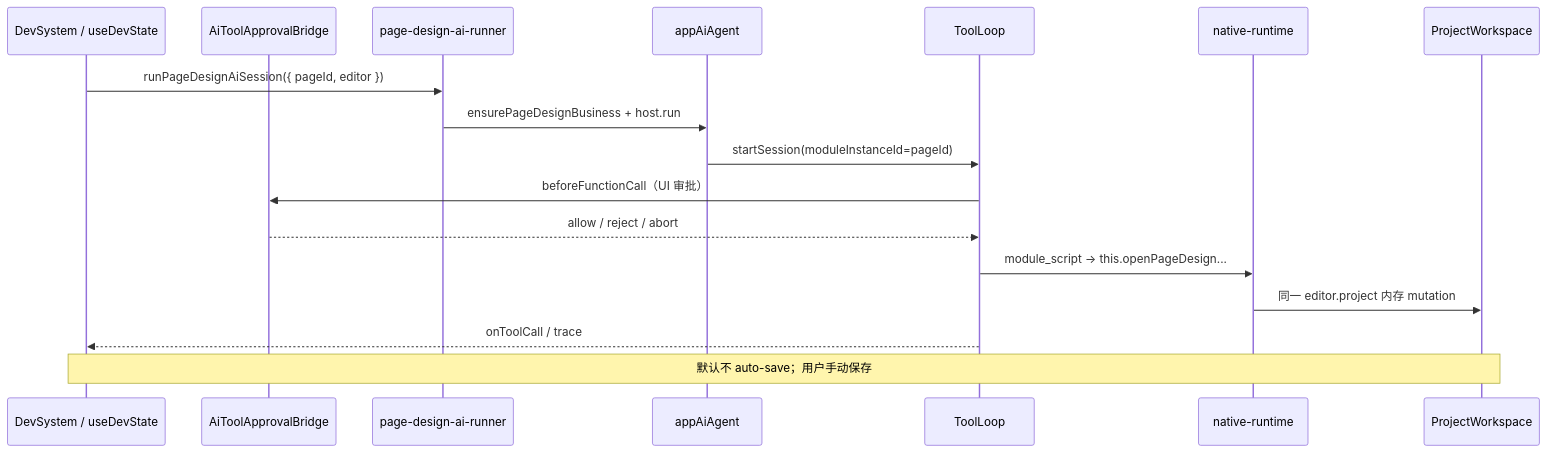
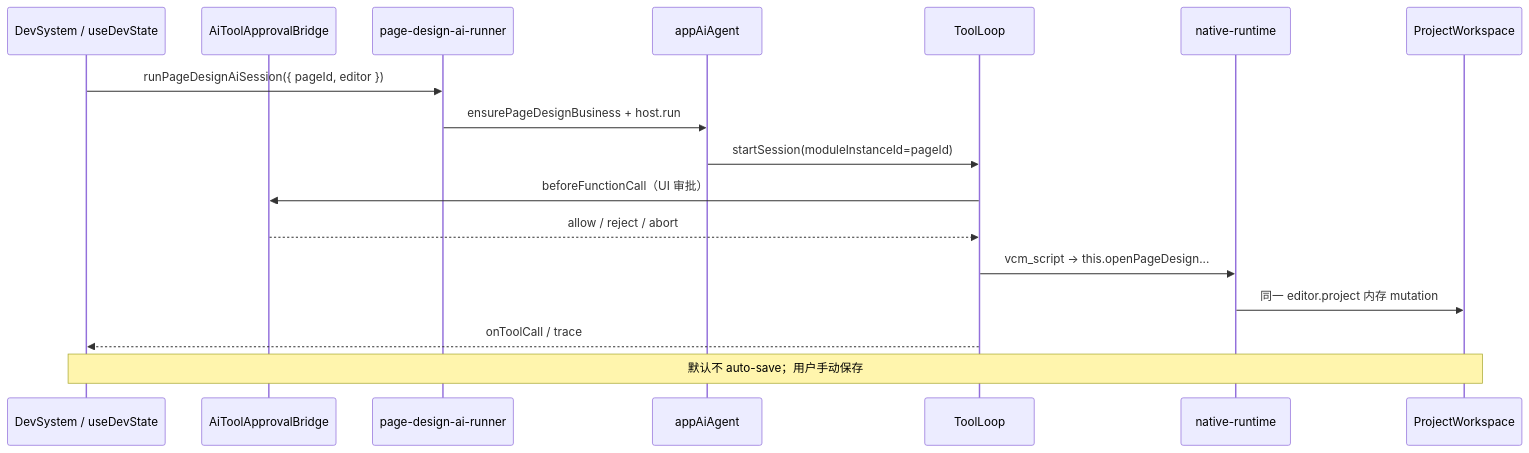
One commit to LMSpark/spark-view-vue changed the diagram in packages/spark-ai/docs/PAGEDESIGN-DEVSYSTEM.zh-CN.md. Above: the diagram before and after it, drawn with Mermaid. The commit also changed other lines of this file and 130 other files, not shown here.

````diff
--- a/packages/spark-ai/docs/PAGEDESIGN-DEVSYSTEM.zh-CN.md
+++ b/packages/spark-ai/docs/PAGEDESIGN-DEVSYSTEM.zh-CN.md
@@ -7,20 +7,20 @@
 ```mermaid
 sequenceDiagram
   participant UI as DevSystem / useDevState
   participant Bridge as AiToolApprovalBridge
   participant Runner as page-design-ai-runner
   participant Host as appAiAgent
   participant TL as ToolLoop
   participant NR as native-runtime
   participant WS as ProjectWorkspace
 
   UI->>Runner: runPageDesignAiSession({ pageId, editor })
   Runner->>Host: ensurePageDesignBusiness + host.run
   Host->>TL: startSession(moduleInstanceId=pageId)
   TL->>Bridge: beforeFunctionCall（UI 审批）
   Bridge-->>TL: allow / reject / abort
-  TL->>NR: module_script → this.openPageDesign...
+  TL->>NR: vcm_script → this.openPageDesign...
   NR->>WS: 同一 editor.project 内存 mutation
   TL-->>UI: onToolCall / trace
   Note over UI,WS: 默认不 auto-save；用户手动保存
 ```
````
